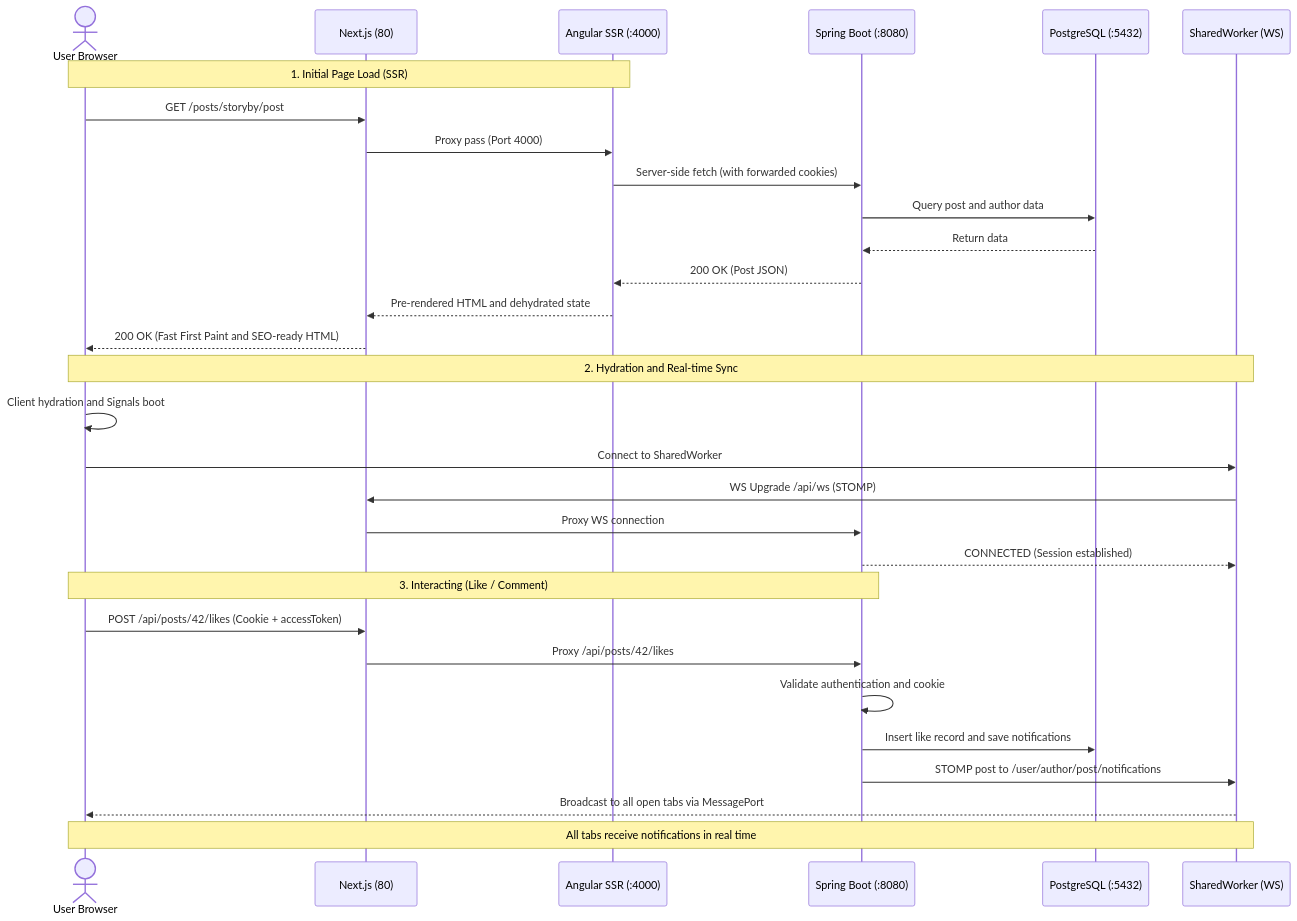
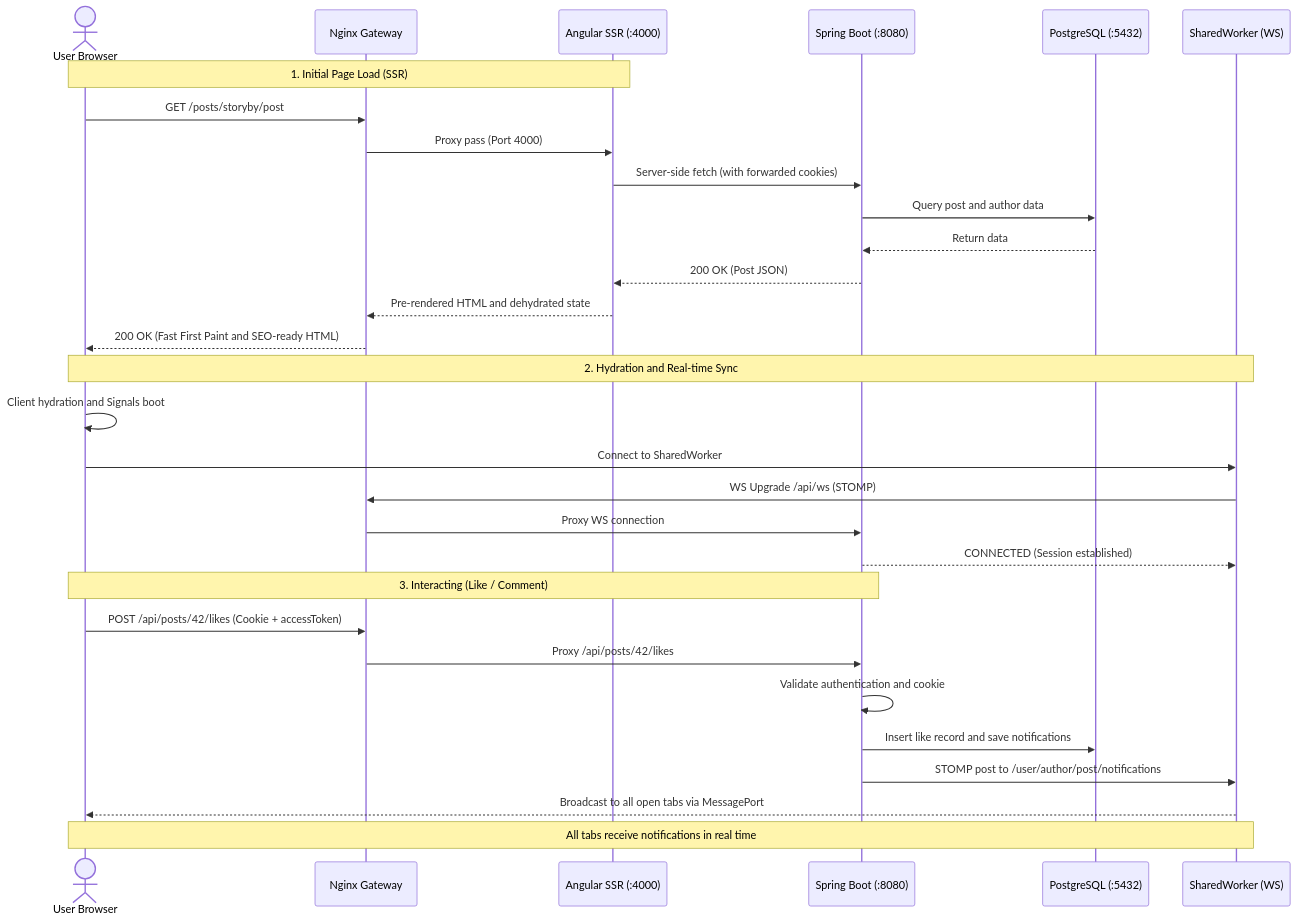
Before and after one commit to saidxp/01-BLOG: the fourth of 5 diagrams in README.md, drawn with Mermaid. The commit also changed other lines of this file, not shown here.

Commit message:
docs: correct versions, real ports/URLs, APP_HOST + cert steps in README

````diff
--- a/README.md
+++ b/README.md
@@ -277,41 +277,41 @@
 ```mermaid
 
 sequenceDiagram
     actor User as User Browser
-    participant App as Next.js (80)
+    participant App as Nginx Gateway
     participant SSR as Angular SSR (:4000)
     participant Spring as Spring Boot (:8080)
     participant DB as PostgreSQL (:5432)
     participant WS as SharedWorker (WS)
 
     Note over User,SSR: 1. Initial Page Load (SSR)
 
     User->>App: GET /posts/storyby/post
     App->>SSR: Proxy pass (Port 4000)
     SSR->>Spring: Server-side fetch (with forwarded cookies)
     Spring->>DB: Query post and author data
     DB-->>Spring: Return data
     Spring-->>SSR: 200 OK (Post JSON)
     SSR-->>App: Pre-rendered HTML and dehydrated state
     App-->>User: 200 OK (Fast First Paint and SEO-ready HTML)
 
     Note over User,WS: 2. Hydration and Real-time Sync
 
     User->>User: Client hydration and Signals boot
     User->>WS: Connect to SharedWorker
     WS->>App: WS Upgrade /api/ws (STOMP)
     App->>Spring: Proxy WS connection
     Spring-->>WS: CONNECTED (Session established)
 
     Note over User,Spring: 3. Interacting (Like / Comment)
 
     User->>App: POST /api/posts/42/likes (Cookie + accessToken)
     App->>Spring: Proxy /api/posts/42/likes
     Spring->>Spring: Validate authentication and cookie
     Spring->>DB: Insert like record and save notifications
     Spring->>WS: STOMP post to /user/author/post/notifications
     WS-->>User: Broadcast to all open tabs via MessagePort
 
     Note over User,WS: All tabs receive notifications in real time
 
 ```
````
